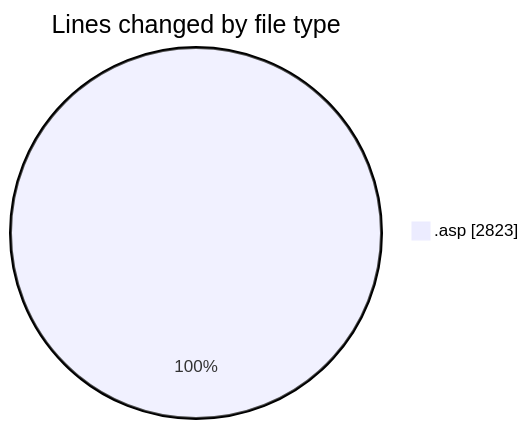
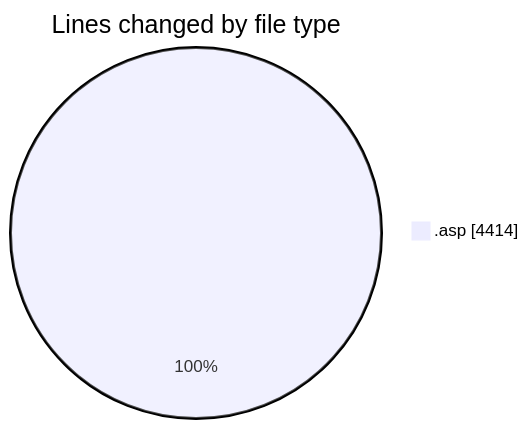
One commit to julien-gomy/code-tracking changed the first of 2 diagrams in 2025-10-31/cdp_aleoudev_fr__workspace_/README.md. Above: the diagram before and after it, drawn with Mermaid. The commit also changed other lines of this file and 1 other file, not shown here.

````diff
--- a/2025-10-31/cdp_aleoudev_fr__workspace_/README.md
+++ b/2025-10-31/cdp_aleoudev_fr__workspace_/README.md
@@ -21,5 +22,5 @@
 ```mermaid
 pie showData
 title Lines changed by file type
-".asp" : 2823
+".asp" : 4414
 ```
````
